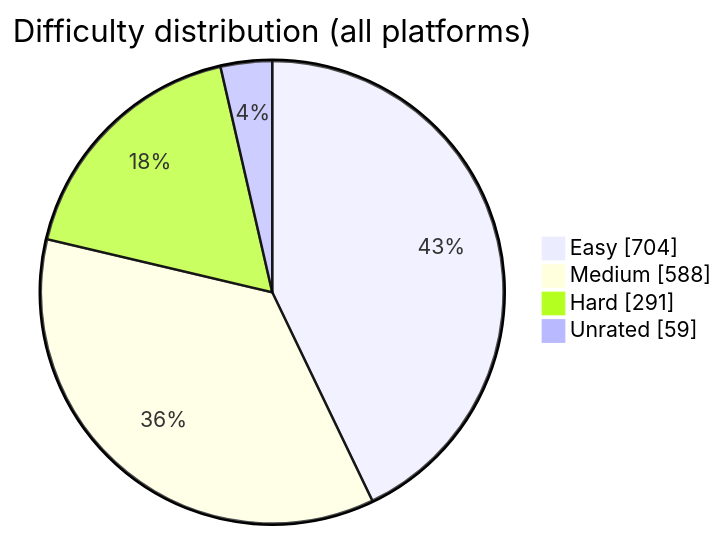
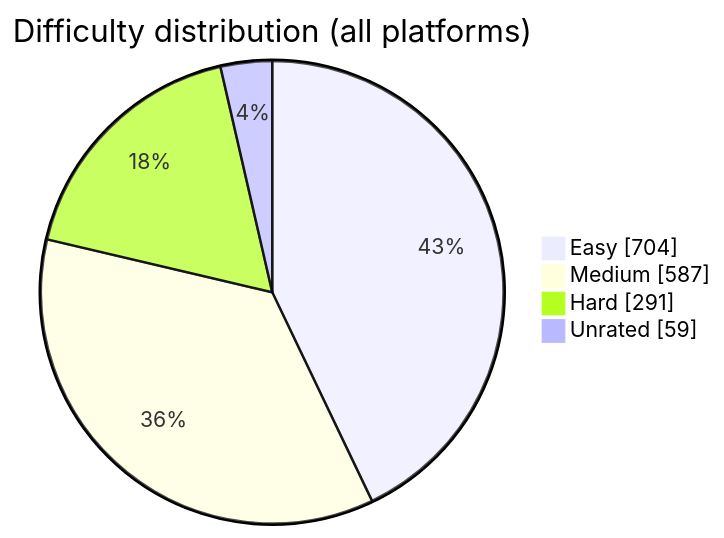
The diagram in README.md (BuildbyArindam/Daily-Coding-Log), drawn with Mermaid before and after one commit. The commit also changed other lines of this file, not shown here.

````diff
--- a/README.md
+++ b/README.md
@@ -93,7 +93,7 @@
 ```mermaid
 pie showData title Difficulty distribution (all platforms)
     "Easy" : 704
-    "Medium" : 588
+    "Medium" : 587
     "Hard" : 291
     "Unrated" : 59
 ```
````
